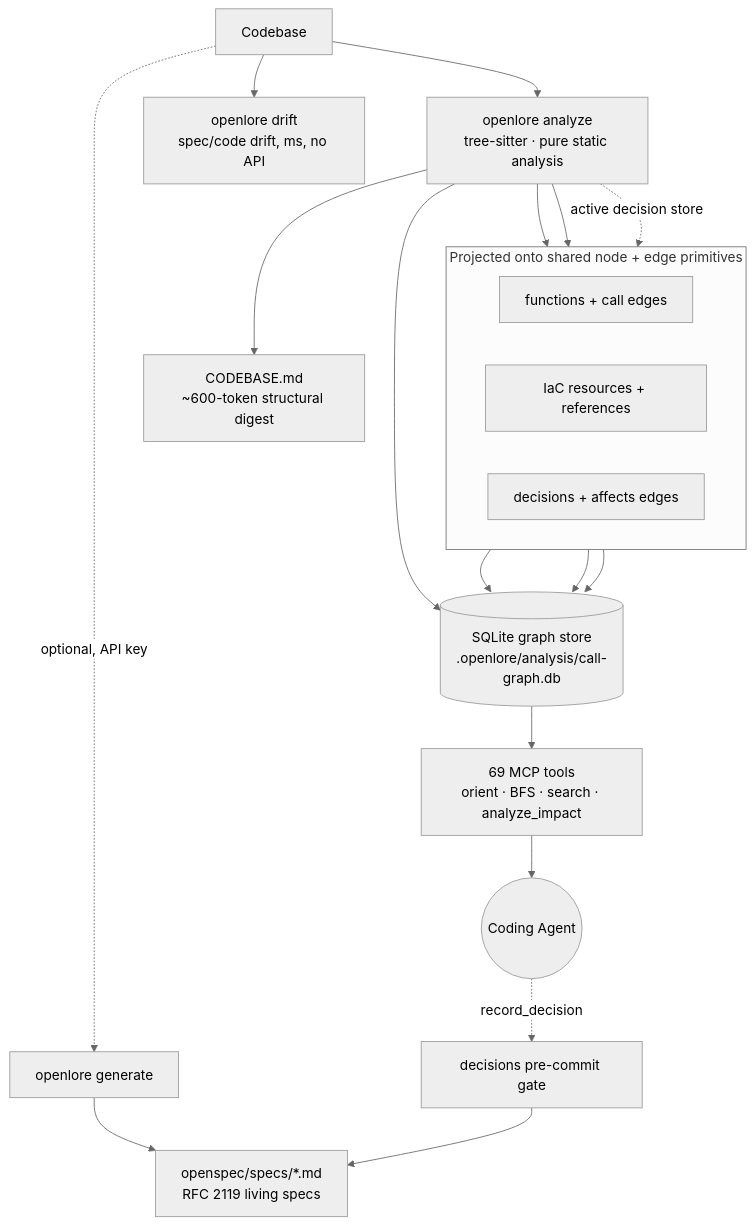
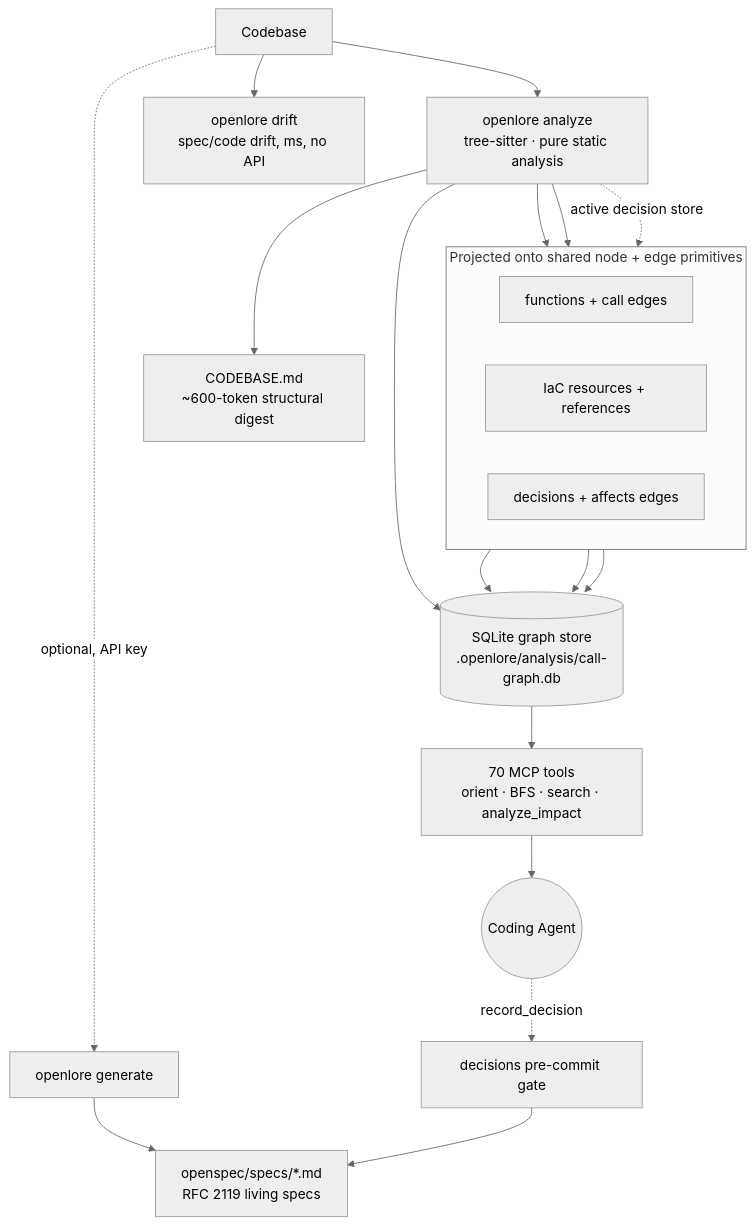
Before and after one commit to visnetotest/spec-gen: the first of 2 diagrams in README.md, drawn with Mermaid (neutral theme). The commit also changed other lines of this file and 29 other files, not shown here.

````diff
--- a/README.md
+++ b/README.md
@@ -474,28 +477,28 @@
 ```mermaid
 flowchart TD
     Code[Codebase] --> Analyze[openlore analyze<br/>tree-sitter · pure static analysis]
     Analyze --> DB[(SQLite graph store<br/>.openlore/analysis/call-graph.db)]
     Analyze --> Digest[CODEBASE.md<br/>~600-token structural digest]
 
     subgraph shared["Projected onto shared node + edge primitives"]
       direction LR
       CodeNodes[functions + call edges]
       Iac[IaC resources + references]
       Dec[decisions + affects edges]
     end
     Analyze --> CodeNodes
     Analyze --> Iac
     Analyze -. active decision store .-> Dec
     CodeNodes --> DB
     Iac --> DB
     Dec --> DB
 
-    DB --> MCP[69 MCP tools<br/>orient · BFS · search · analyze_impact]
+    DB --> MCP[70 MCP tools<br/>orient · BFS · search · analyze_impact]
     MCP --> Agent((Coding Agent))
 
     Code -. optional, API key .-> Gen[openlore generate]
     Gen --> Specs[openspec/specs/*.md<br/>RFC 2119 living specs]
     Code --> Drift[openlore drift<br/>spec/code drift, ms, no API]
     Agent -. record_decision .-> Gate[decisions pre-commit gate]
     Gate --> Specs
 ```
````
